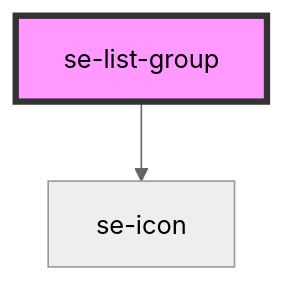
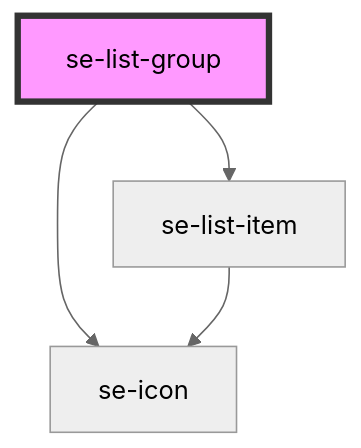
One commit to robbiemcmullense/se-web-ui changed the diagram in libs/core/src/components/list-group/readme.md. Above: the diagram before and after it, drawn with Mermaid (neutral theme). The commit also changed other lines of this file and 23 other files, not shown here.

````diff
--- a/libs/core/src/components/list-group/readme.md
+++ b/libs/core/src/components/list-group/readme.md
@@ -65,5 +81,7 @@
 ```mermaid
 graph TD;
+  se-list-group --> se-list-item
   se-list-group --> se-icon
+  se-list-item --> se-icon
   style se-list-group fill:#f9f,stroke:#333,stroke-width:4px
 ```
````
